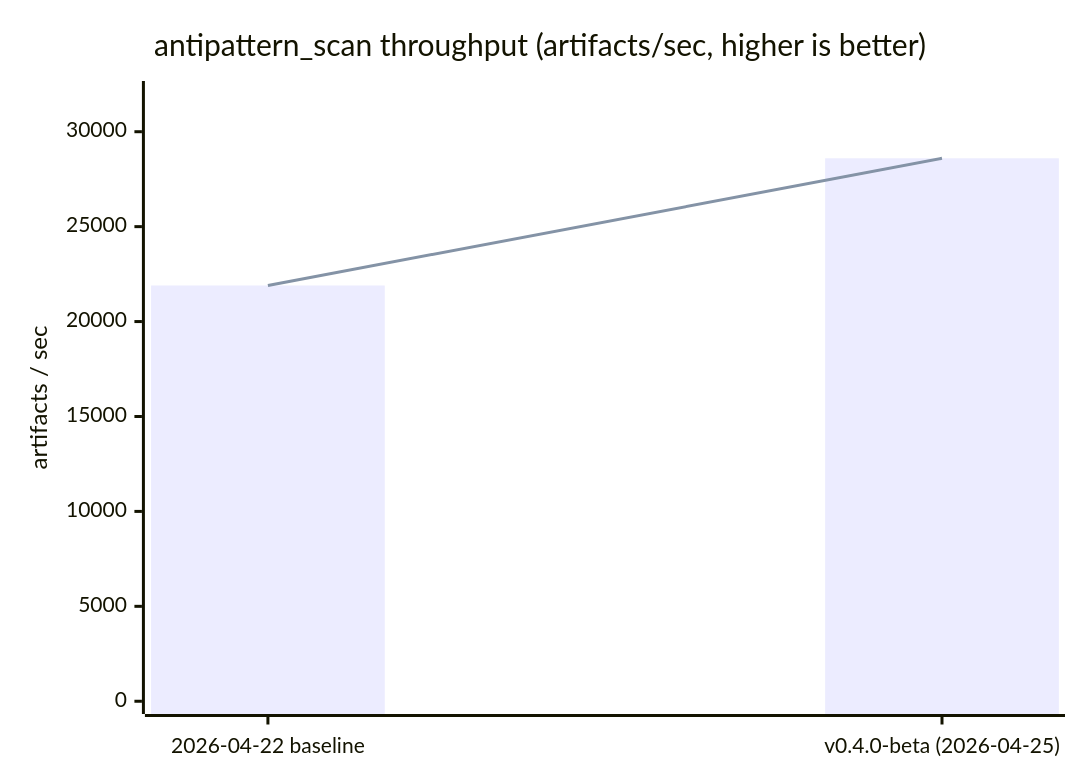
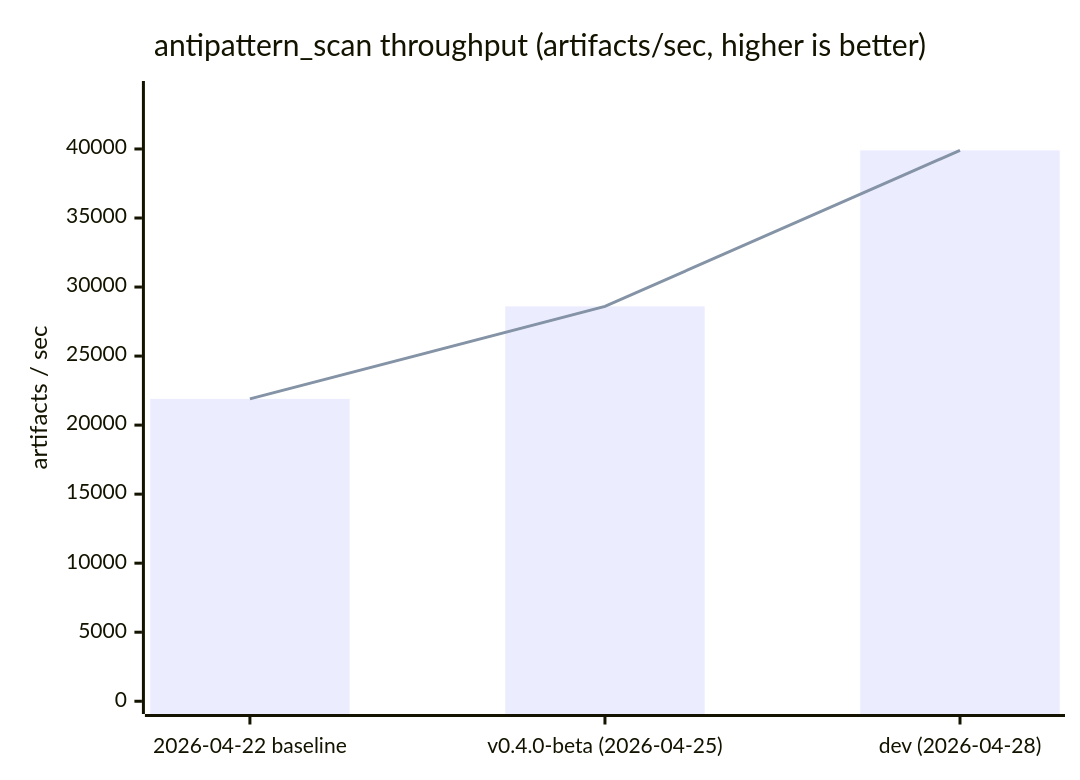
One commit to eddacraft/eddacraft-tui changed the diagram in README.md. Above: the diagram before and after it, drawn with Mermaid. The commit also changed other lines of this file and 1 other file, not shown here.

Commit message:
bench(docs): refresh baselines from 2026-04-28 run
- antipattern_scan: 39.9K artifacts/sec (8.0ms), +42% vs v0.4.0-beta
- stress: graph_memory 281µs (noise), incremental 100ms (flat),
  policy_scaling 115µs (no change), cold_start 3.54ms (+3% expected,
  SCAN-001 ignore::WalkBuilder overhead)
- secret_scan_parallel: new baseline — serial 862 elem/s,
  parallel 6.8K elem/s (7.7× speedup)
- Update scan throughput table and mermaid chart with dev row
- Update hero stats measurement date to 2026-04-28

````diff
--- a/README.md
+++ b/README.md
@@ -355,8 +355,8 @@
 ```mermaid
 xychart-beta
     title "antipattern_scan throughput (artifacts/sec, higher is better)"
-    x-axis ["2026-04-22 baseline", "v0.4.0-beta (2026-04-25)"]
-    y-axis "artifacts / sec" 0 --> 32000
-    bar [21900, 28600]
-    line [21900, 28600]
+    x-axis ["2026-04-22 baseline", "v0.4.0-beta (2026-04-25)", "dev (2026-04-28)"]
+    y-axis "artifacts / sec" 0 --> 44000
+    bar [21900, 28600, 39900]
+    line [21900, 28600, 39900]
 ```
````
